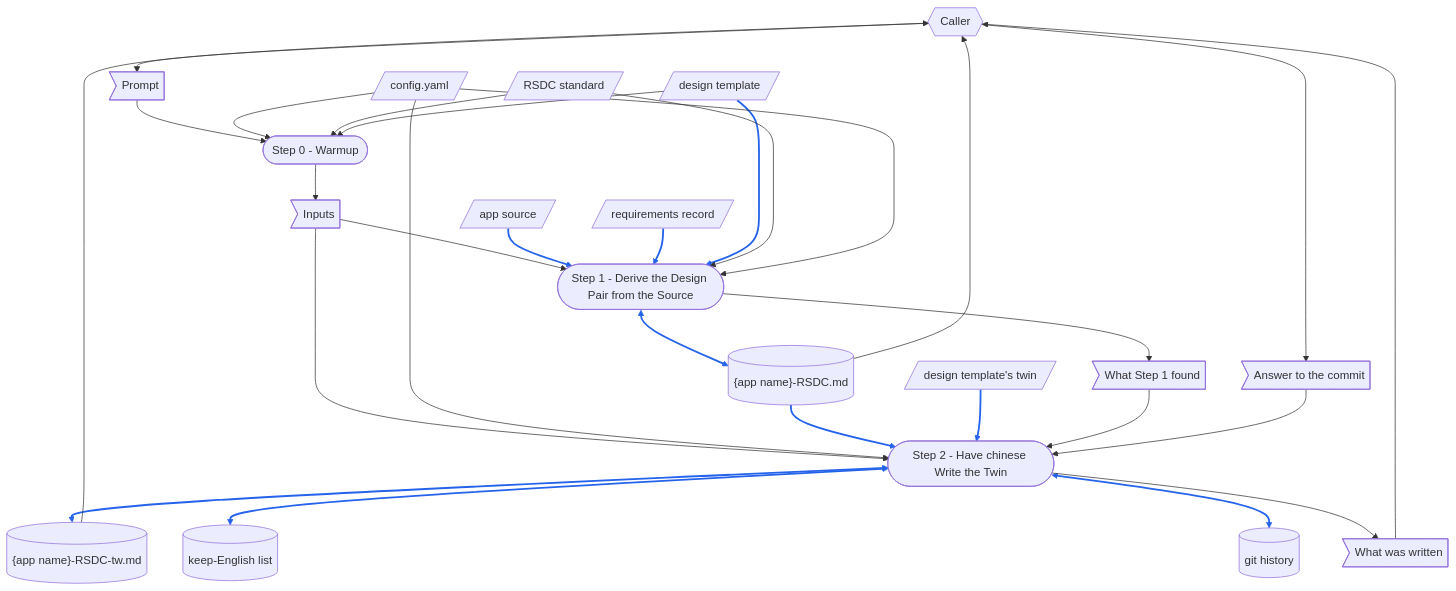
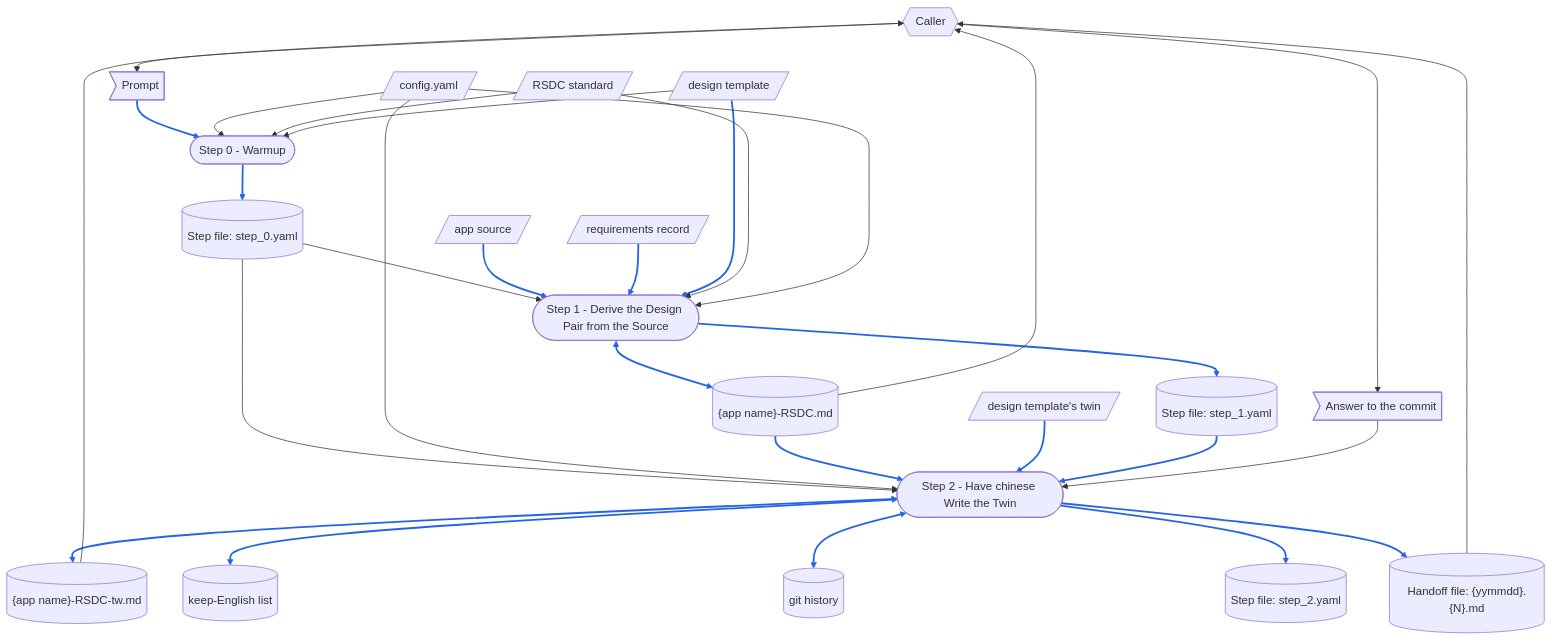
The diagram in skill-groups/common/skills/gen-rsdc-app/SKILL.md (CountChu/SkillsGestalt), drawn with Mermaid before and after one commit. The commit also changed other lines of this file and 132 other files, not shown here.

````diff
--- a/skill-groups/common/skills/gen-rsdc-app/SKILL.md
+++ b/skill-groups/common/skills/gen-rsdc-app/SKILL.md
@@ -143,50 +172,52 @@
 ```mermaid
 flowchart TB
     CALLER{{"Caller"}}
     PROMPT>"Prompt"]
     CONFIG[/"config.yaml"/]
     STD[/"RSDC standard"/]
     TMPL[/"design template"/]
     TTW[/"design template's twin"/]
     SRC[/"app source"/]
     REQ[/"requirements record"/]
-    INPUTS>"Inputs"]
-    FOUND>"What Step 1 found"]
+    CK0[("Step file: step_0.yaml")]
+    CK1[("Step file: step_1.yaml")]
     ANSWER>"Answer to the commit"]
     EN[("{app name}-RSDC.md")]
     TW[("{app name}-RSDC-tw.md")]
     KEEP[("keep-English list")]
     GIT[("git history")]
-    BACK>"What was written"]
+    CK2[("Step file: step_2.yaml")]
+    HAND[("Handoff file: {yymmdd}.{N}.md")]
 
     CALLER --> PROMPT
     PROMPT --> S0(["Step 0 - Warmup"])
     CONFIG --> S0
     STD --> S0
     TMPL --> S0
-    S0 --> INPUTS
-    INPUTS --> S1(["Step 1 - Derive the Design Pair from the Source"])
+    S0 --> CK0
+    CK0 --> S1(["Step 1 - Derive the Design Pair from the Source"])
     SRC --> S1
     REQ --> S1
     TMPL --> S1
     STD --> S1
     CONFIG --> S1
     S1 <--> EN
-    S1 --> FOUND
-    INPUTS --> S2(["Step 2 - Have chinese Write the Twin"])
+    S1 --> CK1
+    CK0 --> S2(["Step 2 - Have chinese Write the Twin"])
     CONFIG --> S2
     EN --> S2
     TTW --> S2
-    FOUND --> S2
+    CK1 --> S2
     CALLER --> ANSWER
     ANSWER --> S2
     S2 <--> TW
     S2 <--> KEEP
     S2 <--> GIT
-    S2 --> BACK
-    BACK --> CALLER
+    S2 --> CK2
+    S2 --> HAND
+    HAND --> CALLER
     EN --> CALLER
     TW --> CALLER
 
-    linkStyle 7,8,9,12,16,17,21,22,23 stroke:#2563eb,stroke-width:2.5px
+    linkStyle 1,5,7,8,9,12,13,16,17,18,21,22,23,24,25 stroke:#2563eb,stroke-width:2.5px
 ```
````
